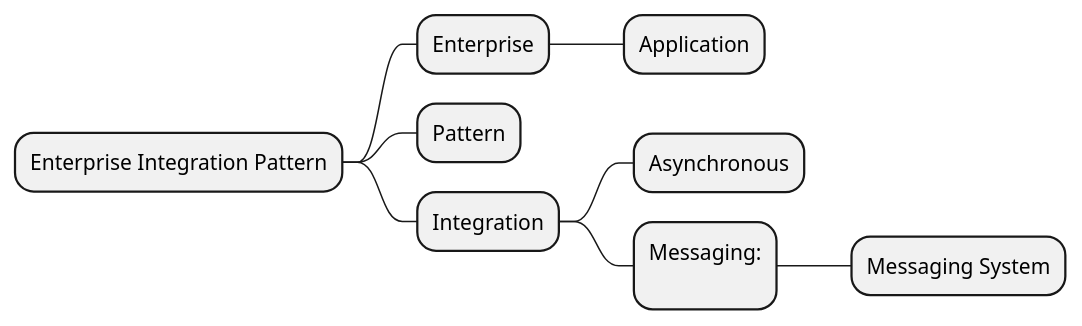
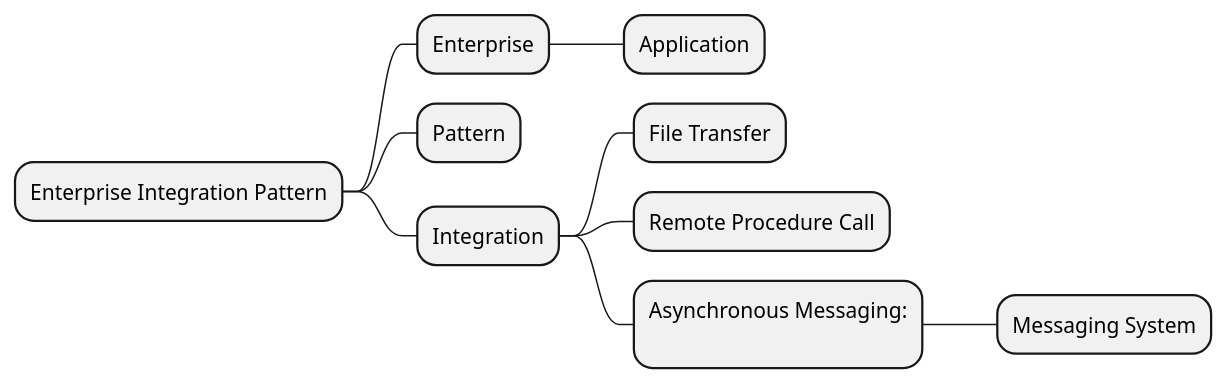
The diagram in _diary/2024-07-21.md (yanghoon/obsidian-workspace), drawn with PlantUML before and after one commit.

Commit message:
vault backup: 2024-07-21 20:08:21

````diff
--- a/_diary/2024-07-21.md
+++ b/_diary/2024-07-21.md
@@ -1,16 +1,18 @@
 ```plantuml
 @startmindmap
 + Enterprise Integration Pattern
 
 ++ Enterprise
 +++ Application
 
 ++ Pattern
 
 ++ Integration
-+++ Asynchronous
-***:Messaging:
++++ File Transfer
+
++++ Remote Procedure Call
+***:Asynchronous Messaging:
 ;
 **** Messaging System
 @endmindmap
 ```
````
